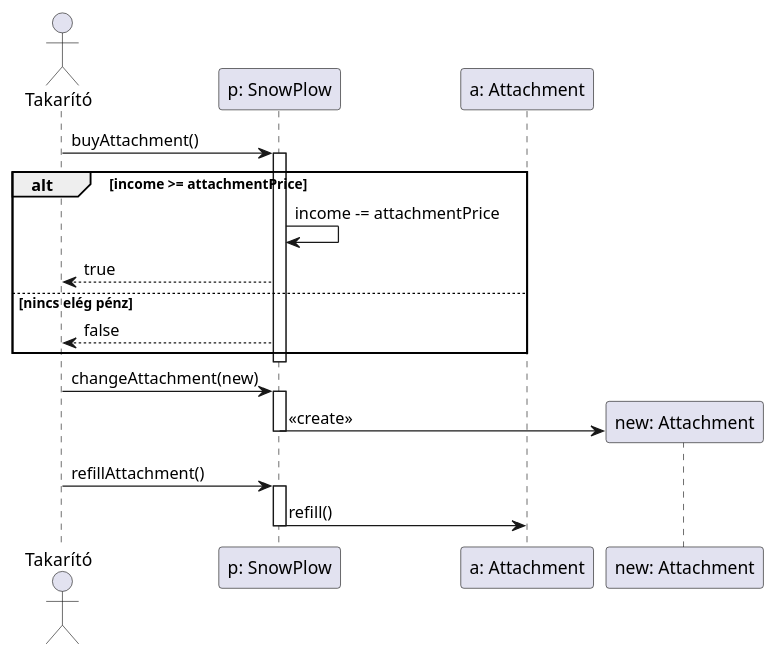
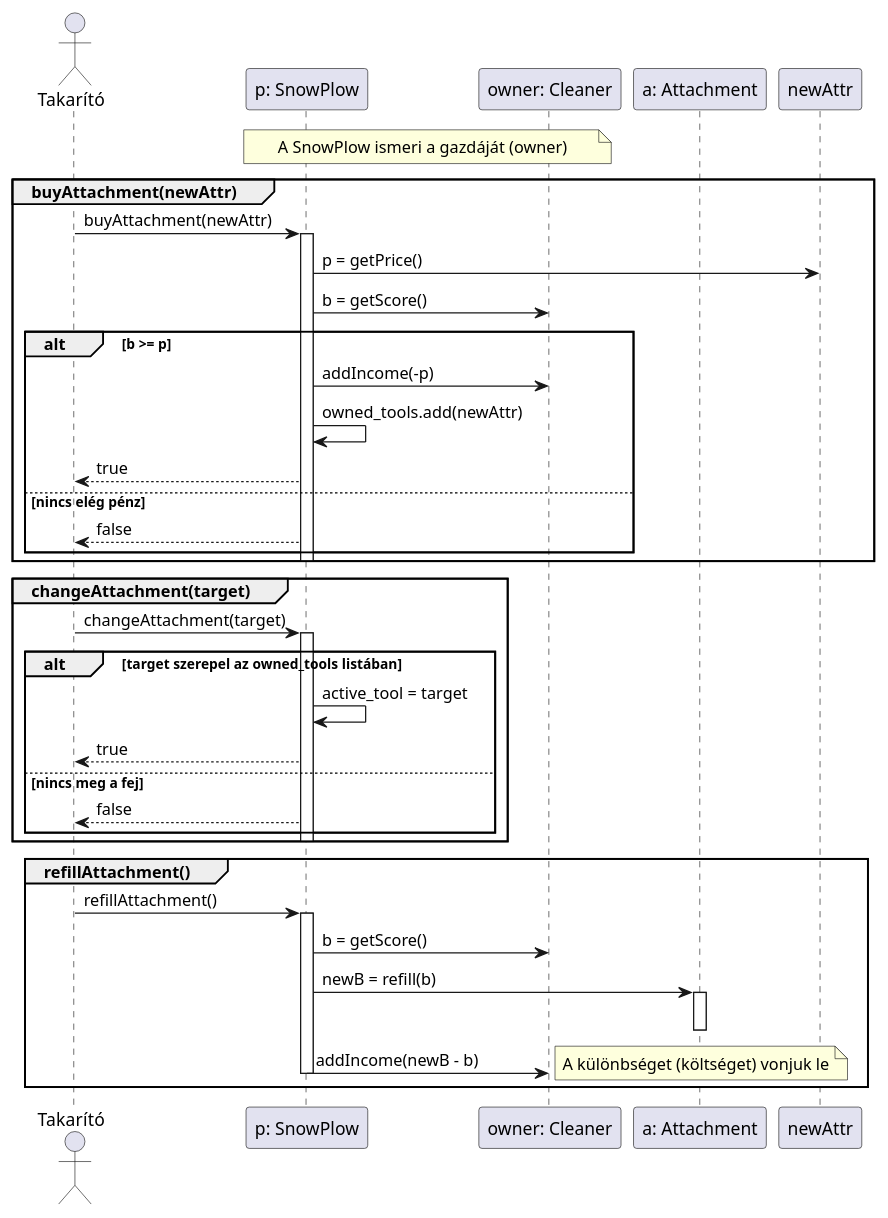
Before and after one commit to toth-andor/UneNotteANapoli: the diagram in docs/04/diagrams/sequence/03.puml, drawn with PlantUML. The commit also changed 3 other files, not shown here.

Commit message:
A korábbi négy diagramm teljes átdolgozása a visszajelzésnek megfelelően

```diff
--- a/docs/04/diagrams/sequence/03.puml
+++ b/docs/04/diagrams/sequence/03.puml
@@ -1,27 +1,48 @@
 @startuml
 actor "Takarító" as T
 participant "p: SnowPlow" as P
+participant "owner: Cleaner" as C
 participant "a: Attachment" as A
 
-T -> P : buyAttachment()
-activate P
-    alt income >= attachmentPrice
-        P -> P : income -= attachmentPrice
-      
-        P --> T : true
-    else nincs elég pénz
-        P --> T : false
-    end
-deactivate P
+note over P, C: A SnowPlow ismeri a gazdáját (owner)
 
-T -> P : changeAttachment(new)
-activate P
-    create "new: Attachment" as NA
-    P -> NA : <<create>>
-deactivate P
+group buyAttachment(newAttr)
+    T -> P : buyAttachment(newAttr)
+    activate P
+        P -> newAttr : p = getPrice()
+        P -> C : b = getScore()
+        alt b >= p
+            P -> C : addIncome(-p)
+            P -> P : owned_tools.add(newAttr)
+            P --> T : true
+        else nincs elég pénz
+            P --> T : false
+        end
+    deactivate P
+end
 
-T -> P : refillAttachment()
-activate P
-    P -> A : refill()
-deactivate P
+group changeAttachment(target)
+    T -> P : changeAttachment(target)
+    activate P
+        alt target szerepel az owned_tools listában
+            P -> P : active_tool = target
+            P --> T : true
+        else nincs meg a fej
+            P --> T : false
+        end
+    deactivate P
+end
+
+group refillAttachment()
+    T -> P : refillAttachment()
+    activate P
+        P -> C : b = getScore()
+        P -> A : newB = refill(b)
+        activate A
+            
+        deactivate A
+        P -> C : addIncome(newB - b)
+        note right: A különbséget (költséget) vonjuk le
+    deactivate P
+end
 @enduml
```
